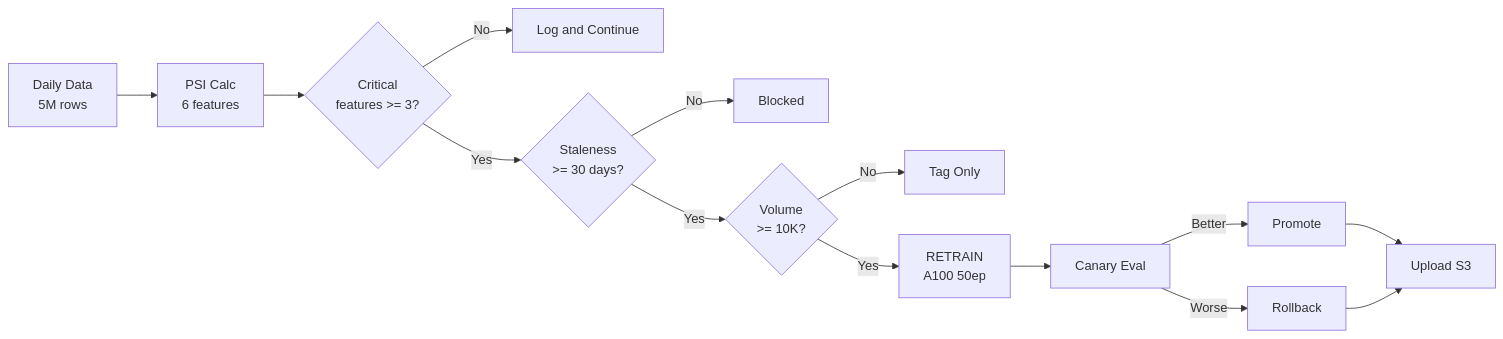
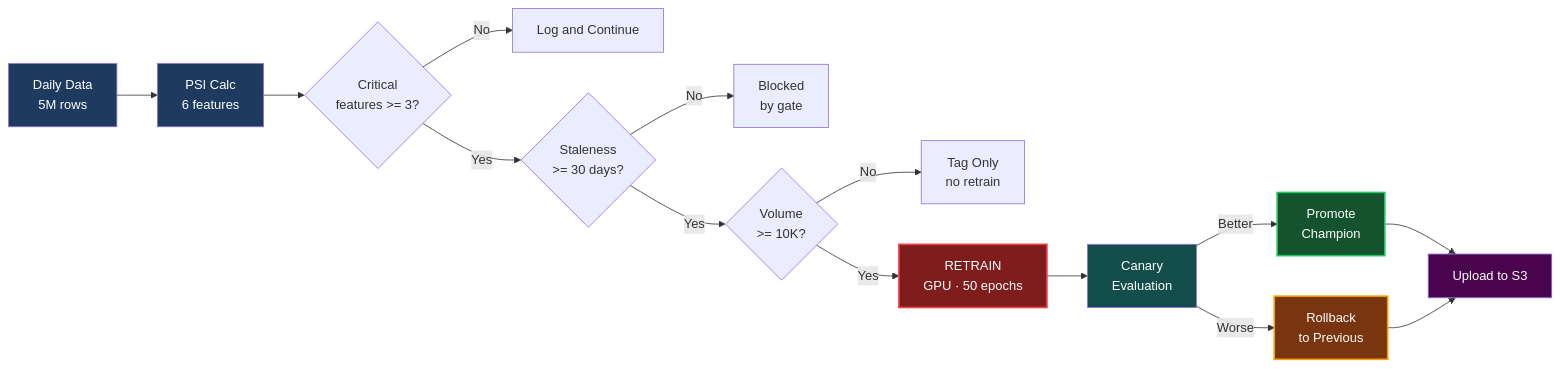
Before and after one commit to AIML-Engineering-Lab/053_dram_memory_yield_mlops: the third of 3 diagrams in README.md, drawn with Mermaid. The commit also changed other lines of this file and 1 other file, not shown here.

First line of the commit message:
feat: colorful mermaid, confusion matrix, fix metrics, gitignore .env

````diff
--- a/README.md
+++ b/README.md
@@ -198,16 +218,24 @@
 ```mermaid
 flowchart LR
-    A[Daily Data\n5M rows] --> B[PSI Calc\n6 features]
-    B --> C{Critical\nfeatures >= 3?}
+    A[Daily Data<br/>5M rows] --> B[PSI Calc<br/>6 features]
+    B --> C{Critical<br/>features &gt;= 3?}
     C -->|No| D[Log and Continue]
-    C -->|Yes| E{Staleness\n>= 30 days?}
-    E -->|No| F[Blocked]
-    E -->|Yes| G{Volume\n>= 10K?}
-    G -->|No| H[Tag Only]
-    G -->|Yes| I[RETRAIN\nA100 50ep]
-    I --> J[Canary Eval]
-    J -->|Better| K[Promote]
-    J -->|Worse| L[Rollback]
-    K --> M[Upload S3]
+    C -->|Yes| E{Staleness<br/>&gt;= 30 days?}
+    E -->|No| F[Blocked<br/>by gate]
+    E -->|Yes| G{Volume<br/>&gt;= 10K?}
+    G -->|No| H[Tag Only<br/>no retrain]
+    G -->|Yes| I[RETRAIN<br/>GPU · 50 epochs]
+    I --> J[Canary<br/>Evaluation]
+    J -->|Better| K[Promote<br/>Champion]
+    J -->|Worse| L[Rollback<br/>to Previous]
+    K --> M[Upload to S3]
     L --> M
+
+    style A fill:#1e3a5f,color:#ffffff
+    style B fill:#1e3a5f,color:#ffffff
+    style I fill:#7f1d1d,color:#ffffff,stroke:#ef4444,stroke-width:2px
+    style J fill:#134e4a,color:#ffffff
+    style K fill:#14532d,color:#ffffff,stroke:#22c55e,stroke-width:2px
+    style L fill:#78350f,color:#ffffff,stroke:#f59e0b,stroke-width:2px
+    style M fill:#4a044e,color:#ffffff
 ```
````
